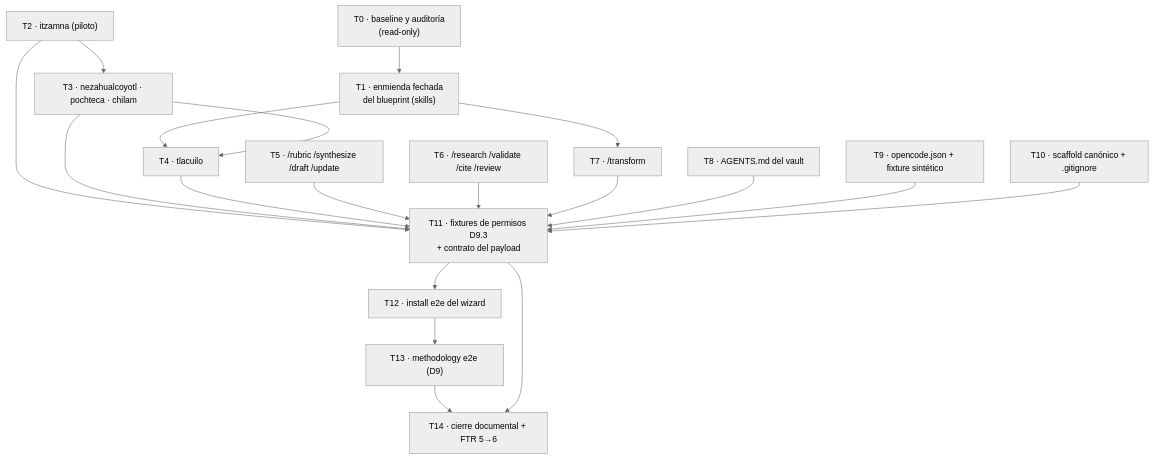
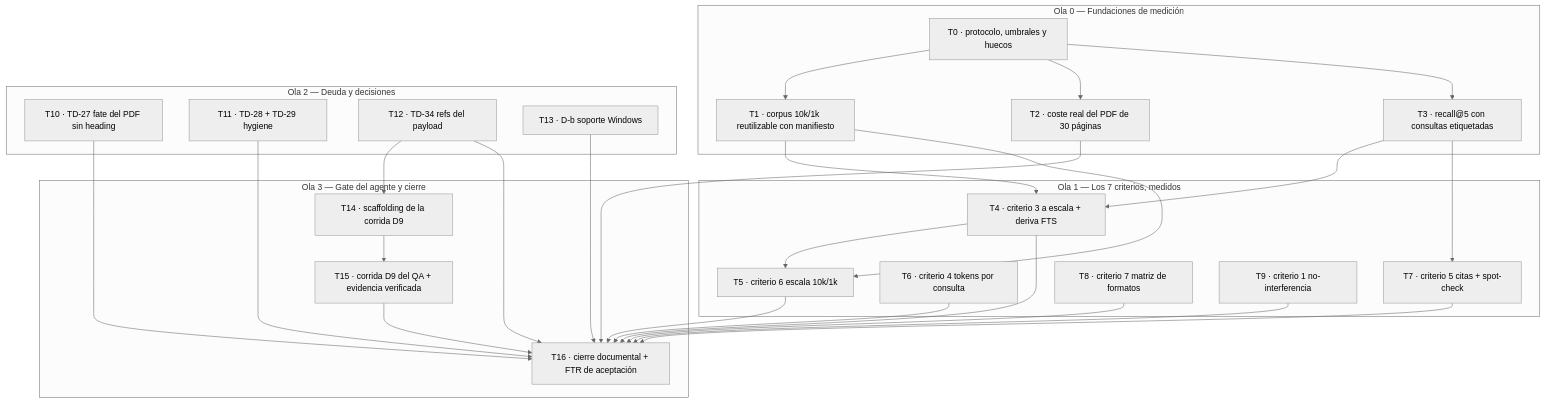
One commit to Fisherk2/tepochcalli-opencode changed the diagram in tasks/plan.md. Above: the diagram before and after it, drawn with Mermaid (neutral theme). The commit also changed other lines of this file and 1 other file, not shown here.

First line of the commit message:
docs(plan): plan de Phase 6 (aceptación E2E de los 7 criterios)

````diff
--- a/tasks/plan.md
+++ b/tasks/plan.md
@@ -70,37 +80,51 @@
 ```mermaid
 graph TB
-    T0["T0 · baseline y auditoría<br/>(read-only)"]
-    T1["T1 · enmienda fechada<br/>del blueprint (skills)"]
-    T2["T2 · itzamna (piloto)"]
-    T3["T3 · nezahualcoyotl · pochteca · chilam"]
-    T4["T4 · tlacuilo"]
-    T5["T5 · /rubric /synthesize /draft /update"]
-    T6["T6 · /research /validate /cite /review"]
-    T7["T7 · /transform"]
-    T8["T8 · AGENTS.md del vault"]
-    T9["T9 · opencode.json + fixture sintético"]
-    T10["T10 · scaffold canónico + .gitignore"]
-    T11["T11 · fixtures de permisos D9.3<br/>+ contrato del payload"]
-    T12["T12 · install e2e del wizard"]
-    T13["T13 · methodology e2e (D9)"]
-    T14["T14 · cierre documental + FTR 5→6"]
+    subgraph W0["Ola 0 — Fundaciones de medición"]
+        T0["T0 · protocolo, umbrales y huecos"]
+        T1["T1 · corpus 10k/1k reutilizable con manifiesto"]
+        T2["T2 · coste real del PDF de 30 páginas"]
+        T3["T3 · recall@5 con consultas etiquetadas"]
+    end
+    subgraph W1["Ola 1 — Los 7 criterios, medidos"]
+        T4["T4 · criterio 3 a escala + deriva FTS"]
+        T5["T5 · criterio 6 escala 10k/1k"]
+        T6["T6 · criterio 4 tokens por consulta"]
+        T7["T7 · criterio 5 citas + spot-check"]
+        T8["T8 · criterio 7 matriz de formatos"]
+        T9["T9 · criterio 1 no-interferencia"]
+    end
+    subgraph W2["Ola 2 — Deuda y decisiones"]
+        T10["T10 · TD-27 fate del PDF sin heading"]
+        T11["T11 · TD-28 + TD-29 hygiene"]
+        T12["T12 · TD-34 refs del payload"]
+        T13["T13 · D-b soporte Windows"]
+    end
+    subgraph W3["Ola 3 — Gate del agente y cierre"]
+        T14["T14 · scaffolding de la corrida D9"]
+        T15["T15 · corrida D9 del QA + evidencia verificada"]
+        T16["T16 · cierre documental + FTR de aceptación"]
+    end
 
     T0 --> T1
+    T0 --> T2
+    T0 --> T3
     T1 --> T4
-    T1 --> T7
-    T2 --> T3
+    T1 --> T5
     T3 --> T4
-    T2 --> T11
-    T3 --> T11
-    T4 --> T11
-    T5 --> T11
-    T6 --> T11
-    T7 --> T11
-    T8 --> T11
-    T9 --> T11
-    T10 --> T11
-    T11 --> T12
-    T12 --> T13
-    T13 --> T14
-    T11 --> T14
+    T3 --> T7
+    T4 --> T5
+    T12 --> T14
+    T14 --> T15
+    T15 --> T16
+    T4 --> T16
+    T5 --> T16
+    T6 --> T16
+    T7 --> T16
+    T8 --> T16
+    T9 --> T16
+    T10 --> T16
+    T11 --> T16
+    T12 --> T16
+    T13 --> T16
+    T2 --> T16
 ```
````
